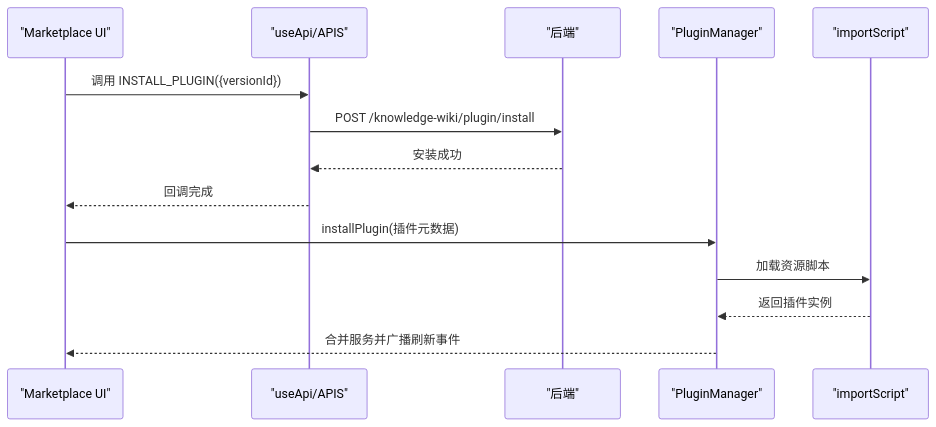
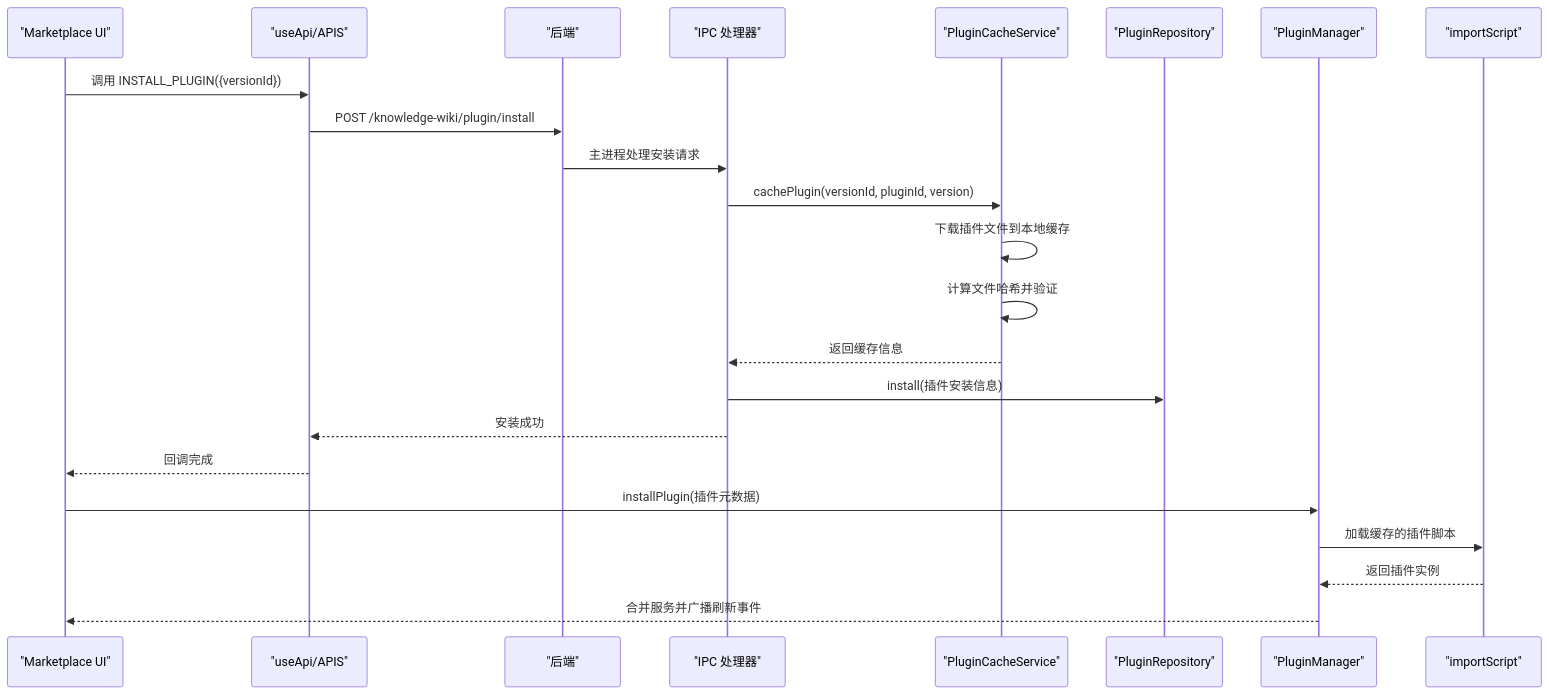
One commit to LRF0422/Kotion changed the third of 7 diagrams in .qoder/repowiki/zh/content/API参考/插件管理API.md. Above: the diagram before and after it, drawn with Mermaid. The commit also changed other lines of this file and 75 other files, not shown here.

````diff
--- a/.qoder/repowiki/zh/content/API参考/插件管理API.md
+++ b/.qoder/repowiki/zh/content/API参考/插件管理API.md
@@ -210,16 +281,25 @@
 ```mermaid
 sequenceDiagram
 participant UI as "Marketplace UI"
 participant API as "useApi/APIS"
 participant BE as "后端"
+participant IPC as "IPC 处理器"
+participant Cache as "PluginCacheService"
+participant Repo as "PluginRepository"
 participant PM as "PluginManager"
 participant Loader as "importScript"
 UI->>API : 调用 INSTALL_PLUGIN({versionId})
 API->>BE : POST /knowledge-wiki/plugin/install
-BE-->>API : 安装成功
+BE->>IPC : 主进程处理安装请求
+IPC->>Cache : cachePlugin(versionId, pluginId, version)
+Cache->>Cache : 下载插件文件到本地缓存
+Cache->>Cache : 计算文件哈希并验证
+Cache-->>IPC : 返回缓存信息
+IPC->>Repo : install(插件安装信息)
+IPC-->>API : 安装成功
 API-->>UI : 回调完成
 UI->>PM : installPlugin(插件元数据)
-PM->>Loader : 加载资源脚本
+PM->>Loader : 加载缓存的插件脚本
 Loader-->>PM : 返回插件实例
 PM-->>UI : 合并服务并广播刷新事件
 ```
````
